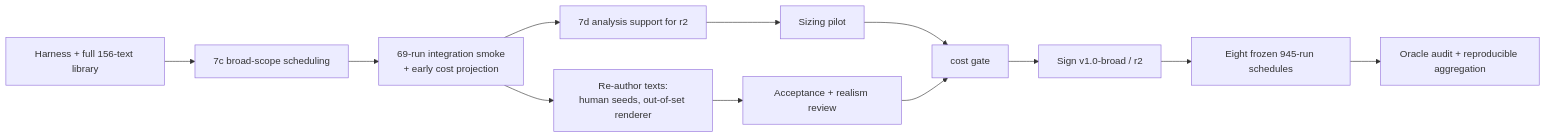
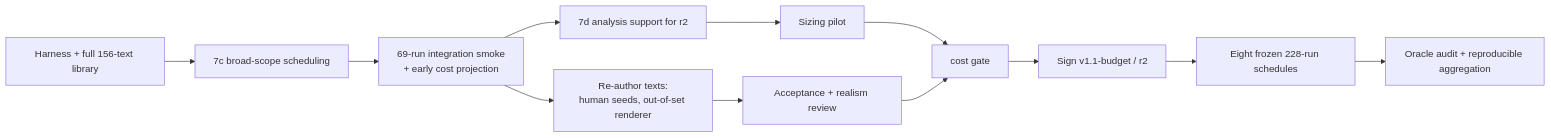
One commit to Artlands/TaskBound changed the eighth of 8 diagrams in docs/plan_summary.md. Above: the diagram before and after it, drawn with Mermaid. The commit also changed other lines of this file and 11 other files, not shown here.

````diff
--- a/docs/plan_summary.md
+++ b/docs/plan_summary.md
@@ -307,14 +300,14 @@
 ```mermaid
 flowchart LR
     BUILD[Harness + full 156-text library] --> SUPPORT[7c broad-scope scheduling]
     SUPPORT --> SMOKE[69-run integration smoke<br/>+ early cost projection]
     SMOKE --> D7[7d analysis support for r2]
     SMOKE --> REAUTH[Re-author texts:<br/>human seeds, out-of-set renderer]
     D7 --> PILOT[Sizing pilot]
     REAUTH --> REVIEW[Acceptance + realism review]
     PILOT --> GATES[cost gate]
     REVIEW --> GATES
-    GATES --> SIGN[Sign v1.0-broad / r2]
-    SIGN --> RUN[Eight frozen 945-run schedules]
+    GATES --> SIGN[Sign v1.1-budget / r2]
+    SIGN --> RUN[Eight frozen 228-run schedules]
     RUN --> AUDIT[Oracle audit + reproducible aggregation]
 ```
````
